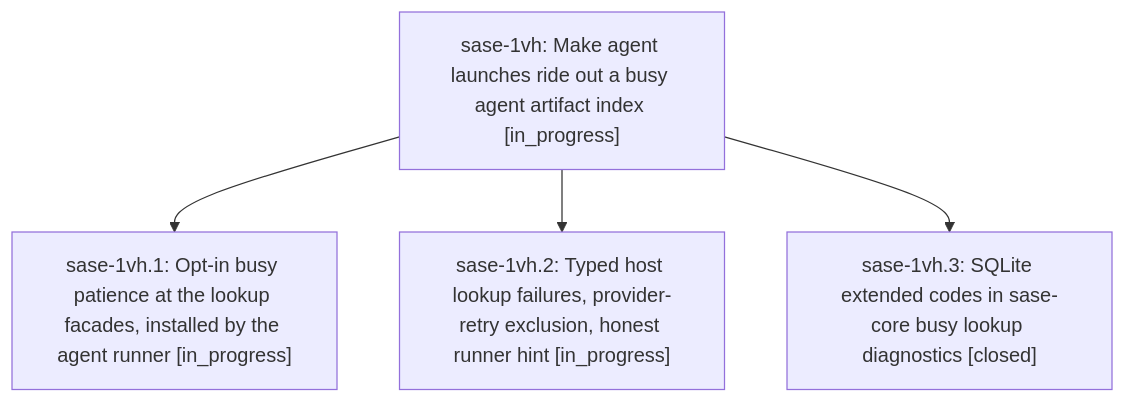
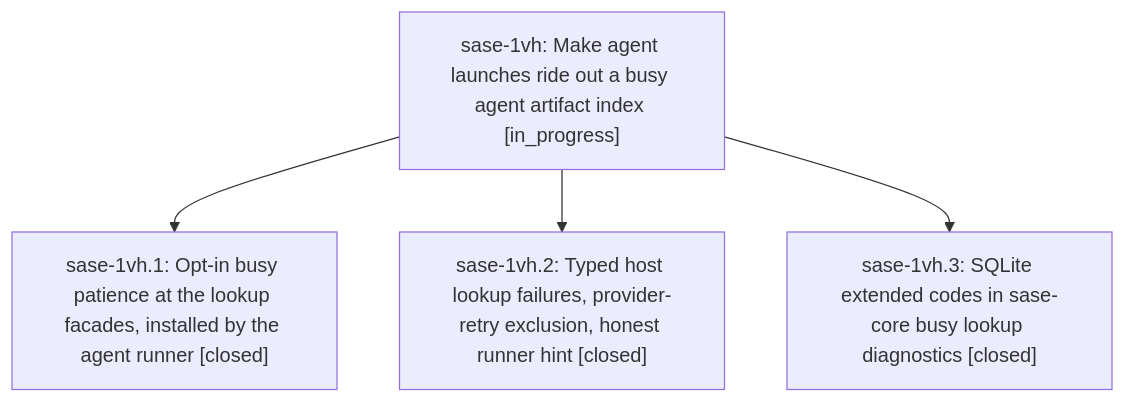
Before and after one commit to sase-org/sase--beads: the diagram in pages/sase-1vh/README.md, drawn with Mermaid. The commit also changed other lines of this file and 3 other files, not shown here.

````diff
--- a/pages/sase-1vh/README.md
+++ b/pages/sase-1vh/README.md
@@ -36,10 +36,10 @@
 ```mermaid
 flowchart TD
     n0["sase-1vh: Make agent launches ride out a busy agent artifact index [in_progress]"]
-    n1["sase-1vh.1: Opt-in busy patience at the lookup facades, installed by the agent runner [in_progress]"]
-    n2["sase-1vh.2: Typed host lookup failures, provider-retry exclusion, honest runner hint [in_progress]"]
+    n1["sase-1vh.1: Opt-in busy patience at the lookup facades, installed by the agent runner [closed]"]
+    n2["sase-1vh.2: Typed host lookup failures, provider-retry exclusion, honest runner hint [closed]"]
     n3["sase-1vh.3: SQLite extended codes in sase-core busy lookup diagnostics [closed]"]
     n0 --> n1
     n0 --> n2
     n0 --> n3
 ```
````
